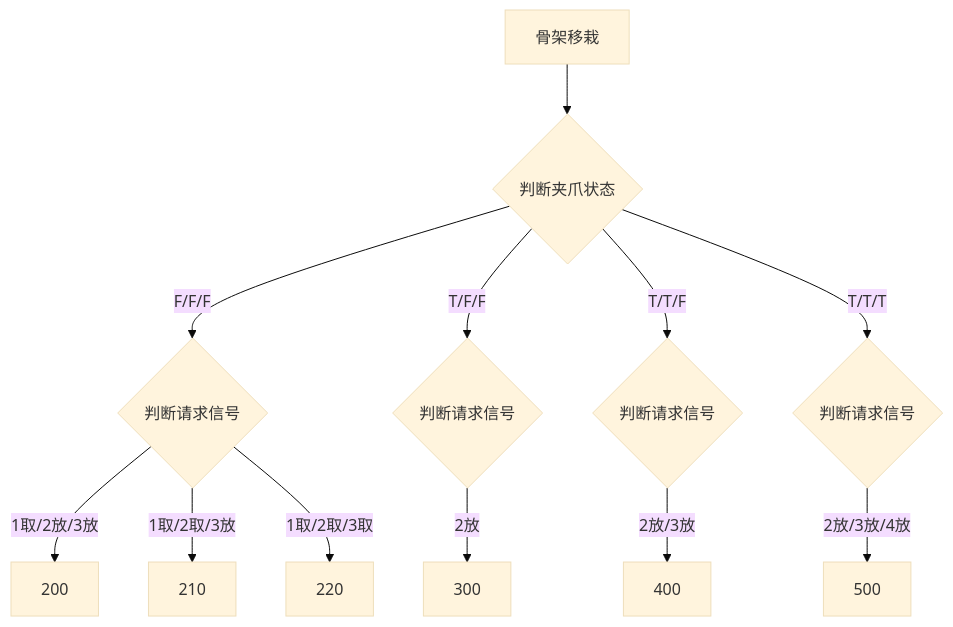
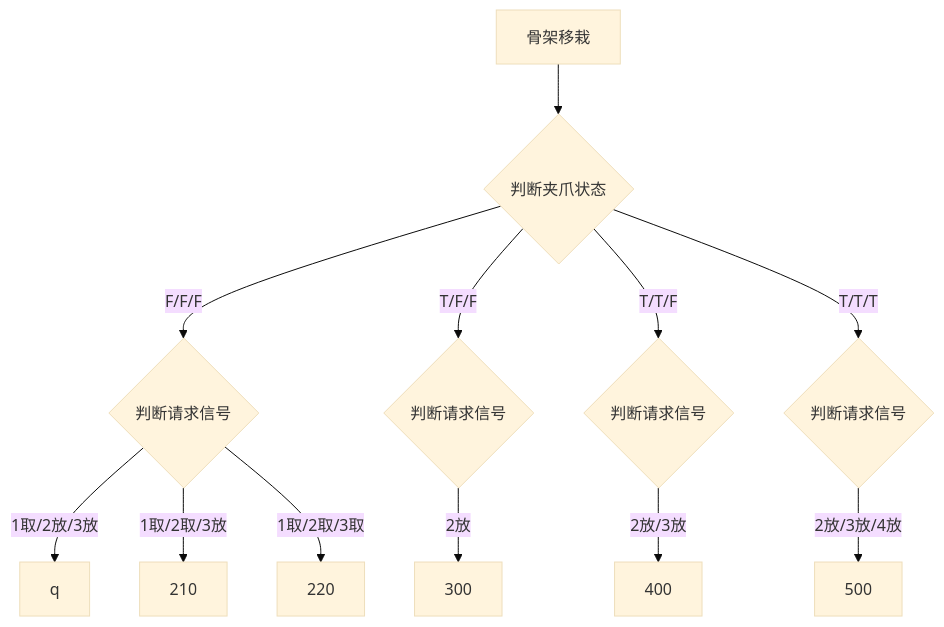
The diagram in all/VR-OP90骨架移栽1.md (zmq000/iodraw-files), drawn with Mermaid (base theme) before and after one commit.

Commit message:
2026-06-18 16:23:45 update

````diff
--- a/all/VR-OP90骨架移栽1.md
+++ b/all/VR-OP90骨架移栽1.md
@@ -1,16 +1,16 @@
 ```mermaid
 graph TD
 0[骨架移栽]-->10
 10{判断夹爪状态}-->|F/F/F|20
 10-->|T/F/F|30
 10-->|T/T/F|40
 10-->|T/T/T|50
 
 20{判断请求信号}-->|1取/2放/3放|200
 20-->|1取/2取/3放|210
 20-->|1取/2取/3取|220
-
+200[q]
 30{判断请求信号}-->|2放|300
 40{判断请求信号}-->|2放/3放|400
 50{判断请求信号}-->|2放/3放/4放|500
 ```
````
